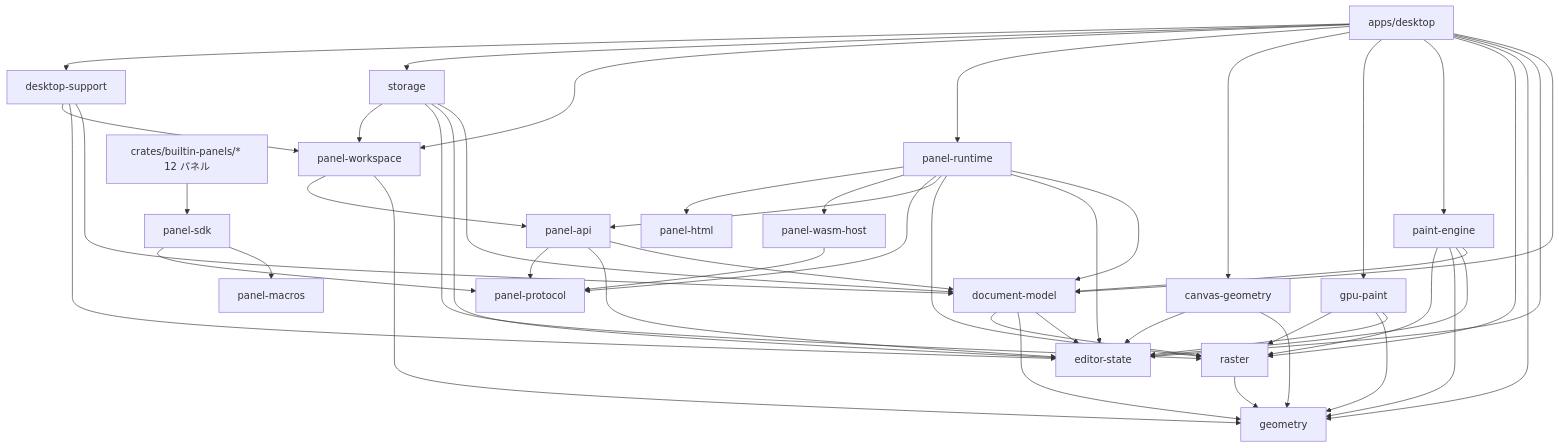
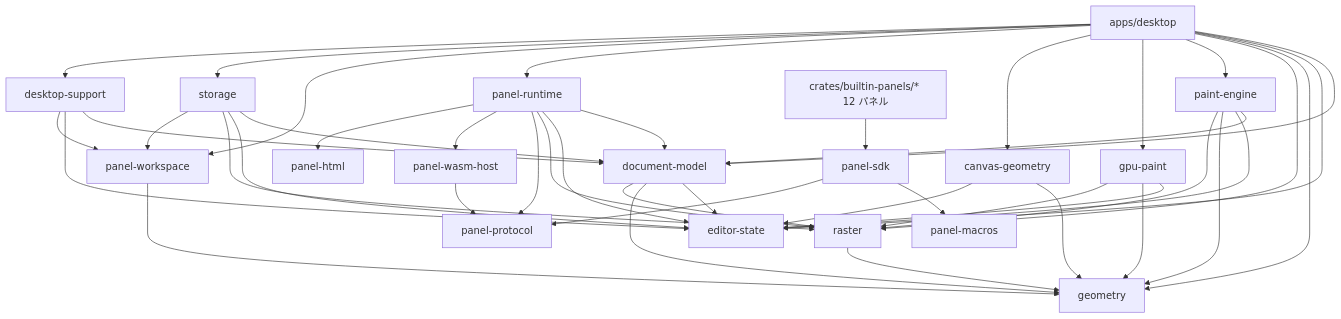
The first of 2 diagrams in docs/MODULE_DEPENDENCIES.md (gitdmnt/altpaint), drawn with Mermaid before and after one commit. The commit also changed other lines of this file and 3 other files, not shown here.

````diff
--- a/docs/MODULE_DEPENDENCIES.md
+++ b/docs/MODULE_DEPENDENCIES.md
@@ -87,58 +87,53 @@
 ```mermaid
 graph TD
     geometry[geometry]
     raster[raster] --> geometry
     editorstate[editor-state]
     docmodel[document-model] --> editorstate
     docmodel --> geometry
     docmodel --> raster
 
     desktop[apps/desktop] --> docmodel
     desktop --> editorstate
     desktop --> geometry
     desktop --> raster
     desktop --> paintengine[paint-engine]
     desktop --> gpupaint[gpu-paint]
     desktop --> canvasgeo[canvas-geometry]
     desktop --> panelruntime[panel-runtime]
     desktop --> panelws[panel-workspace]
     desktop --> storage[storage]
     desktop --> dsupport[desktop-support]
 
     paintengine --> docmodel
     paintengine --> editorstate
     paintengine --> geometry
     paintengine --> raster
     gpupaint --> editorstate
     gpupaint --> geometry
     gpupaint --> raster
     canvasgeo --> geometry
     canvasgeo --> editorstate
     storage --> docmodel
     storage --> editorstate
     storage --> raster
     storage --> panelws
     dsupport --> docmodel
     dsupport --> editorstate
     dsupport --> panelws
-    panelapi[panel-api] --> docmodel
-    panelapi --> editorstate
-    panelapi --> protocol[panel-protocol]
 
     panelws --> geometry
-    panelws --> panelapi
 
     panelruntime --> docmodel
     panelruntime --> editorstate
     panelruntime --> raster
-    panelruntime --> panelapi
-    panelruntime --> protocol
+    panelruntime --> protocol[panel-protocol]
     panelruntime --> wasmhost[panel-wasm-host]
     panelruntime --> phtml[panel-html]
 
     wasmhost --> protocol
     panelsdk[panel-sdk] --> pmacros[panel-macros]
     panelsdk --> protocol
 
     panels[crates/builtin-panels/* 12 パネル] --> panelsdk
 ```
````
